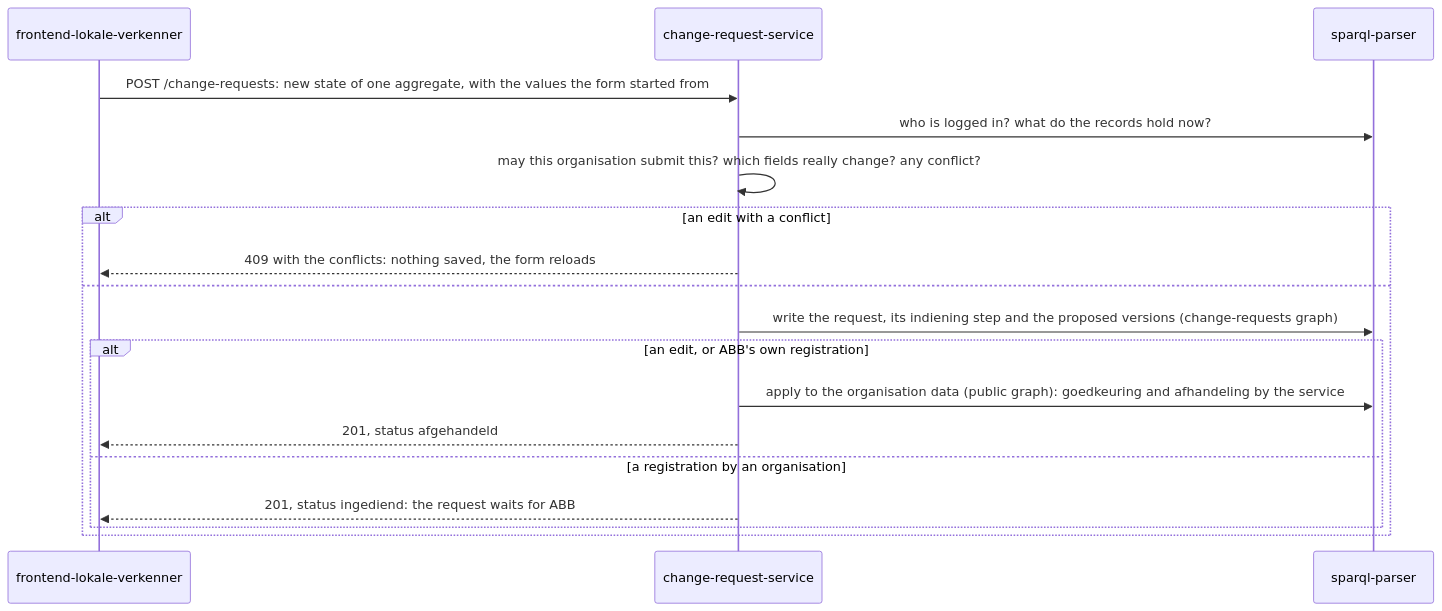
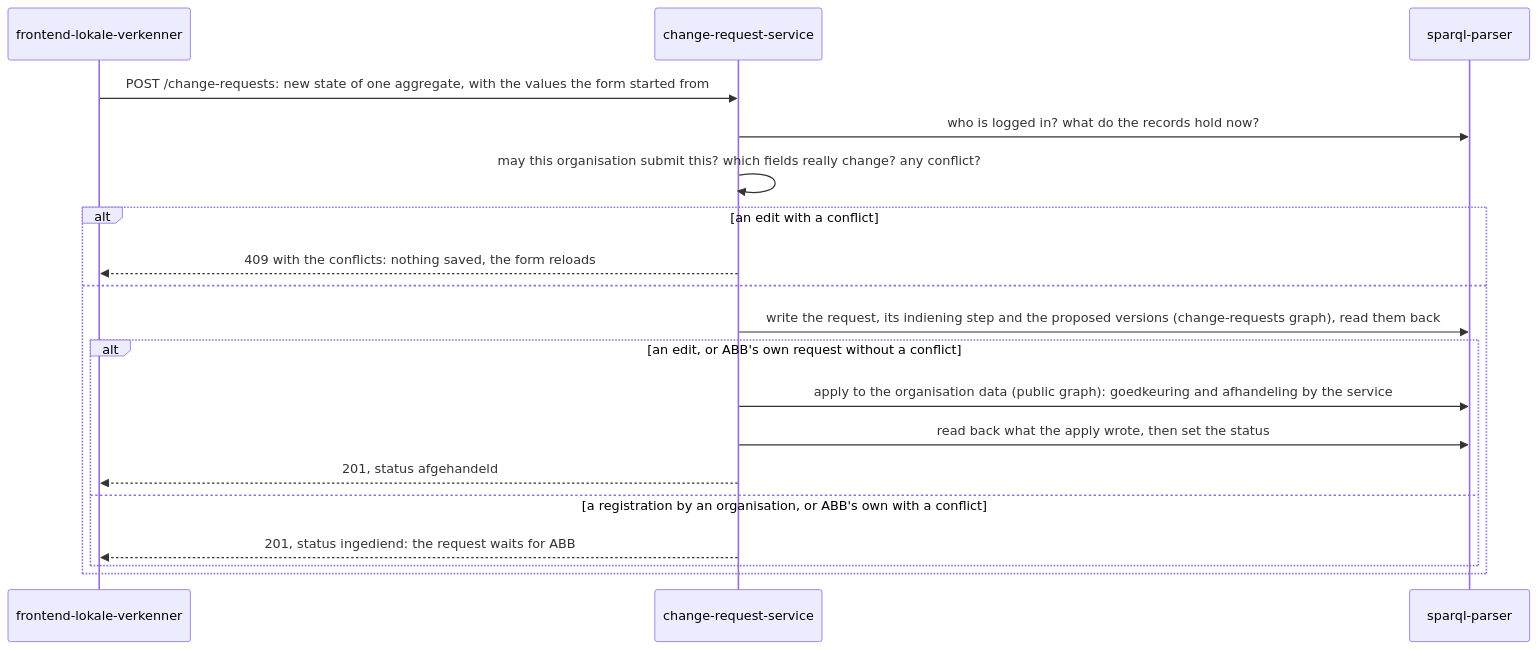
The first of 5 diagrams in README.md (lblod/change-request-service), drawn with Mermaid before and after one commit. The commit also changed other lines of this file and 5 other files, not shown here.

Commit message:
RVS-37: document writable fields, registration, KBO checks, read-backs

````diff
--- a/README.md
+++ b/README.md
@@ -30,20 +41,21 @@
 ```mermaid
 sequenceDiagram
   participant F as frontend-lokale-verkenner
   participant S as change-request-service
   participant P as sparql-parser
   F->>S: POST /change-requests: new state of one aggregate, with the values the form started from
   S->>P: who is logged in? what do the records hold now?
   S->>S: may this organisation submit this? which fields really change? any conflict?
   alt an edit with a conflict
     S-->>F: 409 with the conflicts: nothing saved, the form reloads
   else
-    S->>P: write the request, its indiening step and the proposed versions (change-requests graph)
-    alt an edit, or ABB's own registration
+    S->>P: write the request, its indiening step and the proposed versions (change-requests graph), read them back
+    alt an edit, or ABB's own request without a conflict
       S->>P: apply to the organisation data (public graph): goedkeuring and afhandeling by the service
+      S->>P: read back what the apply wrote, then set the status
       S-->>F: 201, status afgehandeld
-    else a registration by an organisation
+    else a registration by an organisation, or ABB's own with a conflict
       S-->>F: 201, status ingediend: the request waits for ABB
     end
   end
 ```
````
